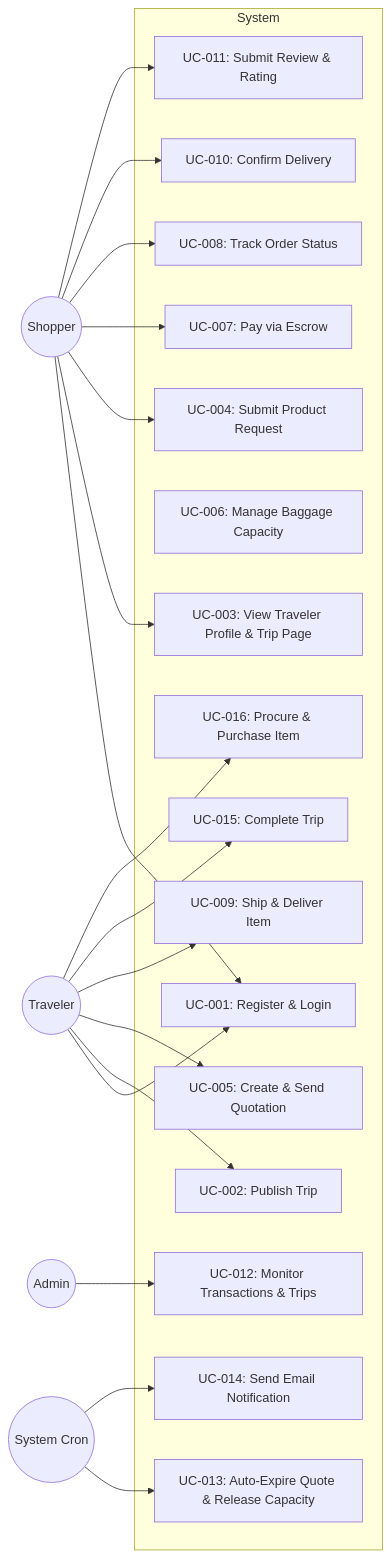
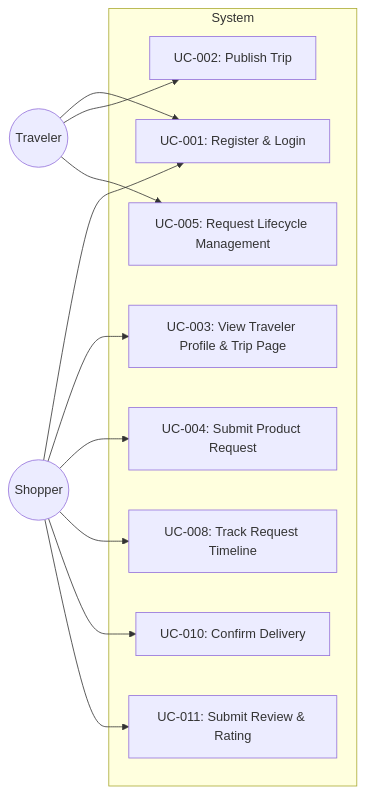
One commit to JUNCASUNDRA/mytrip-mytitipan changed the diagram in docs/02-product/use-cases/README.md. Above: the diagram before and after it, drawn with Mermaid. The commit also changed other lines of this file and 87 other files, not shown here.

````diff
--- a/docs/02-product/use-cases/README.md
+++ b/docs/02-product/use-cases/README.md
@@ -13,41 +16,24 @@
 ```mermaid
 graph LR
     subgraph System
         UC001[UC-001: Register & Login]
         UC002[UC-002: Publish Trip]
         UC003[UC-003: View Traveler Profile & Trip Page]
         UC004[UC-004: Submit Product Request]
-        UC005[UC-005: Create & Send Quotation]
-        UC006[UC-006: Manage Baggage Capacity]
-        UC007[UC-007: Pay via Escrow]
-        UC008[UC-008: Track Order Status]
-        UC009[UC-009: Ship & Deliver Item]
+        UC005[UC-005: Request Lifecycle Management]
+        UC008[UC-008: Track Request Timeline]
         UC010[UC-010: Confirm Delivery]
         UC011[UC-011: Submit Review & Rating]
-        UC012[UC-012: Monitor Transactions & Trips]
-        UC013[UC-013: Auto-Expire Quote & Release Capacity]
-        UC014[UC-014: Send Email Notification]
-        UC015[UC-015: Complete Trip]
-        UC016[UC-016: Procure & Purchase Item]
     end
 
     Traveler((Traveler)) --> UC001
     Traveler --> UC002
     Traveler --> UC005
-    Traveler --> UC009
-    Traveler --> UC015
-    Traveler --> UC016
 
     Shopper((Shopper)) --> UC001
     Shopper --> UC003
     Shopper --> UC004
-    Shopper --> UC007
     Shopper --> UC008
     Shopper --> UC010
     Shopper --> UC011
-
-    Admin((Admin)) --> UC012
-
-    SystemCron((System Cron)) --> UC013
-    SystemCron --> UC014
 ```
````
